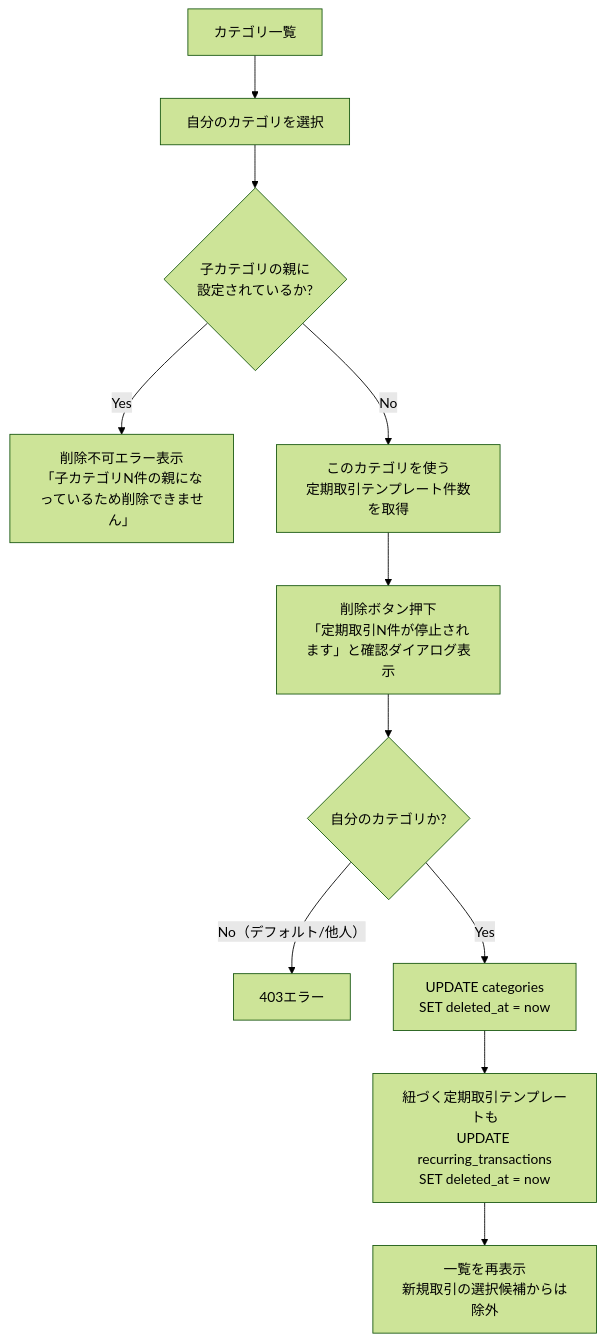
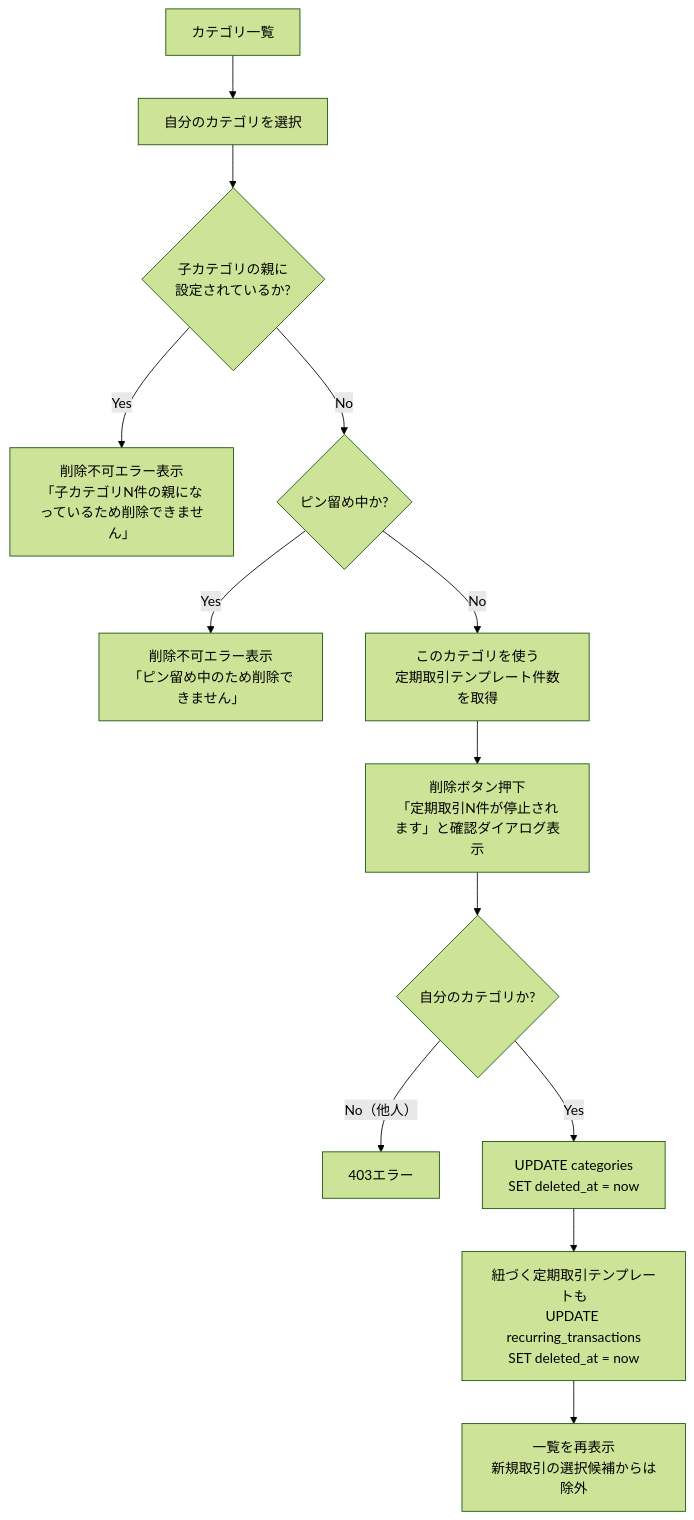
The fifth of 7 diagrams in docs/specs/features/categories.md (toshiki-s1892/my-kakeibo-app), drawn with Mermaid (forest theme) before and after one commit. The commit also changed other lines of this file and 101 other files, not shown here.

````diff
--- a/docs/specs/features/categories.md
+++ b/docs/specs/features/categories.md
@@ -227,13 +222,15 @@
 ```mermaid
 flowchart TD
   start[カテゴリ一覧] --> select[自分のカテゴリを選択]
   select --> childCheck{子カテゴリの親に\n設定されているか?}
   childCheck -- Yes --> blocked[削除不可エラー表示\n「子カテゴリN件の親になっているため削除できません」]
-  childCheck -- No --> countCheck[このカテゴリを使う\n定期取引テンプレート件数を取得]
+  childCheck -- No --> pinCheck{ピン留め中か?}
+  pinCheck -- Yes --> pinBlocked[削除不可エラー表示\n「ピン留め中のため削除できません」]
+  pinCheck -- No --> countCheck[このカテゴリを使う\n定期取引テンプレート件数を取得]
   countCheck --> confirm[削除ボタン押下\n「定期取引N件が停止されます」と確認ダイアログ表示]
   confirm --> ownerCheck{自分のカテゴリか?}
-  ownerCheck -- No（デフォルト/他人）--> forbidden[403エラー]
+  ownerCheck -- No（他人）--> forbidden[403エラー]
   ownerCheck -- Yes --> softDelete[UPDATE categories\nSET deleted_at = now]
   softDelete --> stopTemplates[紐づく定期取引テンプレートも\nUPDATE recurring_transactions\nSET deleted_at = now]
   stopTemplates --> list[一覧を再表示\n新規取引の選択候補からは除外]
 ```
````
